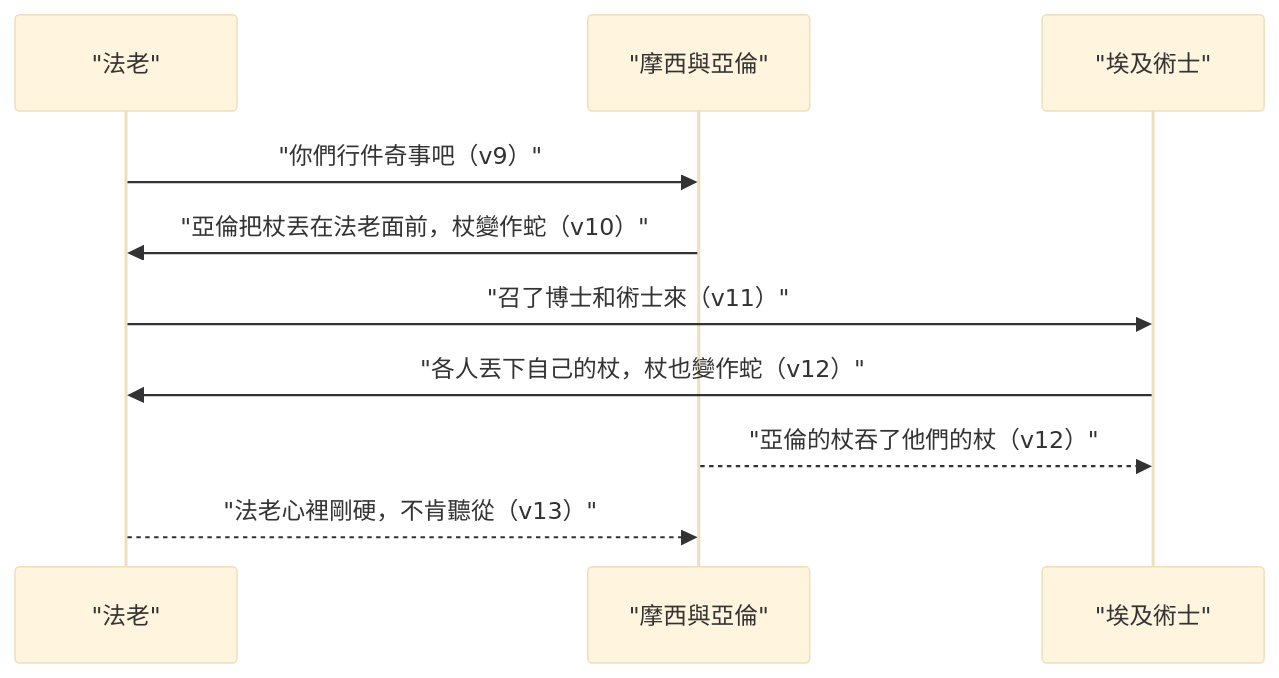
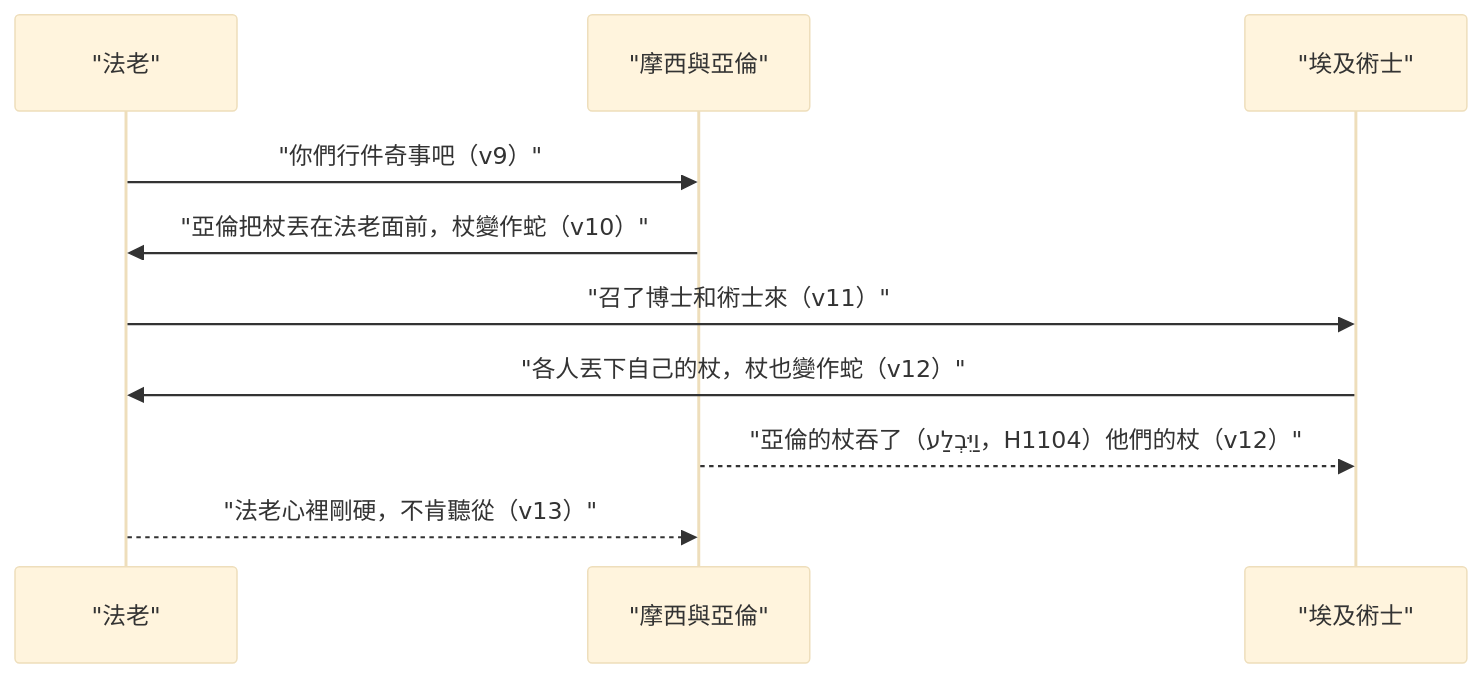
Before and after one commit to andyjr5566/Bible_wiki_zh_website: the diagram in content/02 出埃及記/第7章.md, drawn with Mermaid (base theme). The commit also changed other lines of this file and 641 other files, not shown here.

````diff
--- a/content/02 出埃及記/第7章.md
+++ b/content/02 出埃及記/第7章.md
@@ -126,12 +125,12 @@
 ```mermaid
 sequenceDiagram
     participant P as "法老"
     participant A as "摩西與亞倫"
     participant M as "埃及術士"
     P->>A: "你們行件奇事吧（v9）"
     A->>P: "亞倫把杖丟在法老面前，杖變作蛇（v10）"
     P->>M: "召了博士和術士來（v11）"
     M->>P: "各人丟下自己的杖，杖也變作蛇（v12）"
-    A-->>M: "亞倫的杖吞了他們的杖（v12）"
+    A-->>M: "亞倫的杖吞了（וַיִּבְלַע，H1104）他們的杖（v12）"
     P-->>A: "法老心裡剛硬，不肯聽從（v13）"
 ```
````
